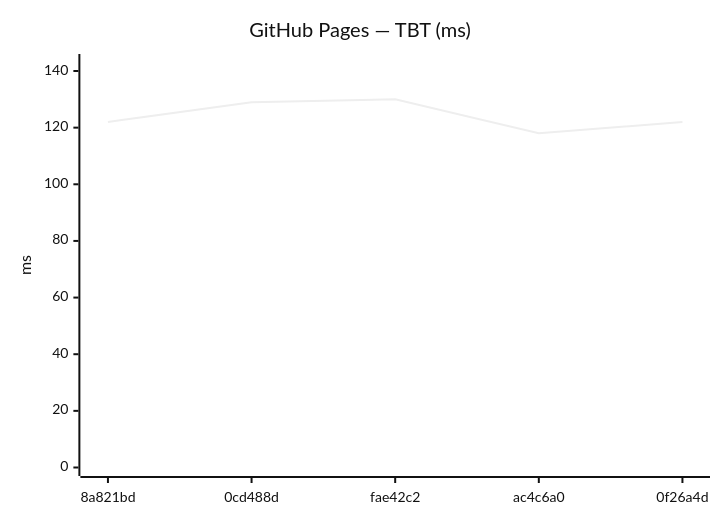
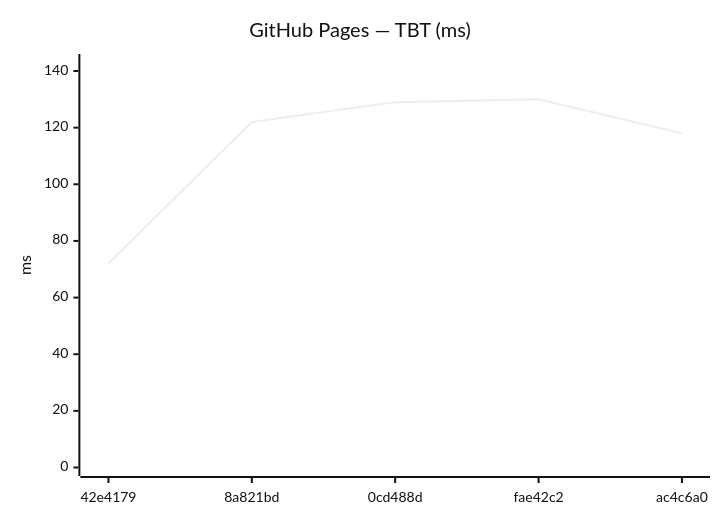
Before and after one commit to Metaheurist/Rianell: the tenth of 18 diagrams in benchmarks/compare.md, drawn with Mermaid (neutral theme). The commit also changed other lines of this file and 11 other files, not shown here.

````diff
--- a/benchmarks/compare.md
+++ b/benchmarks/compare.md
@@ -149,7 +149,7 @@
 ```mermaid
 xychart-beta
     title "GitHub Pages — TBT (ms)"
-    x-axis ["8a821bd", "0cd488d", "fae42c2", "ac4c6a0", "0f26a4d"]
+    x-axis ["42e4179", "8a821bd", "0cd488d", "fae42c2", "ac4c6a0"]
     y-axis "ms" 0 --> 143
-    line [122, 129, 130, 118, 122]
+    line [72, 122, 129, 130, 118]
 ```
````
